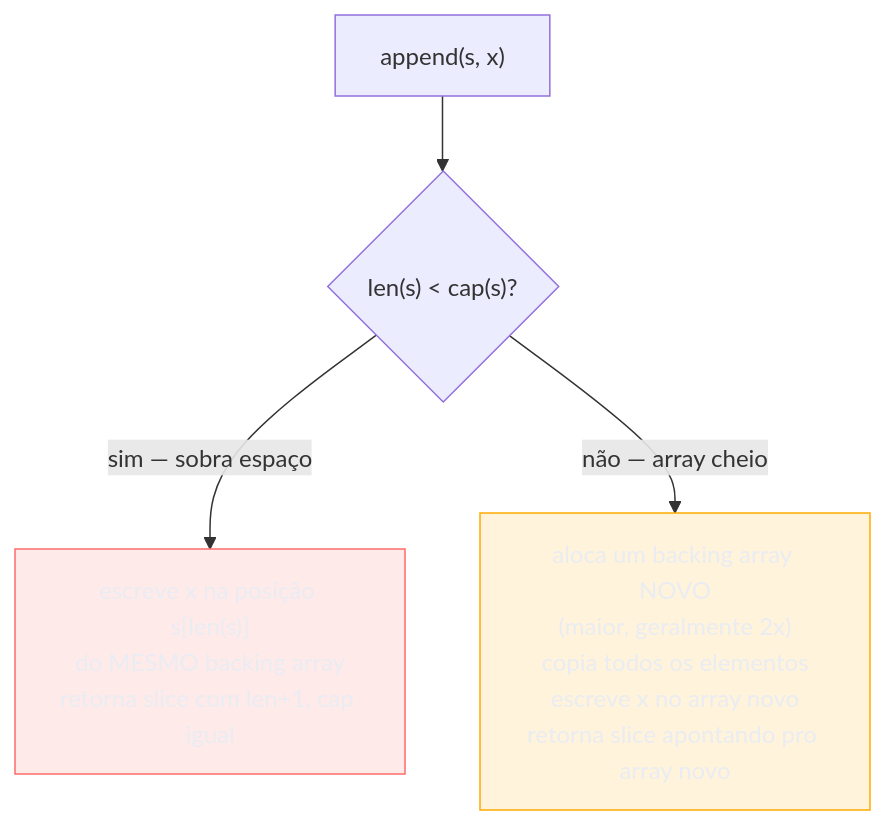
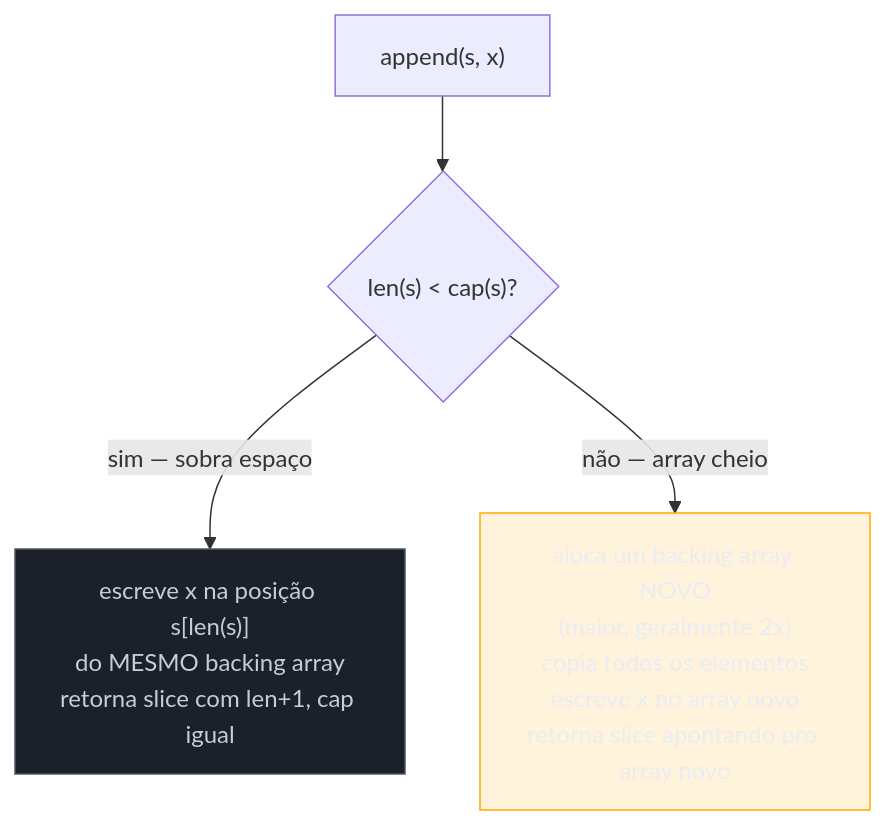
One commit to josenaldo/codex-technomanticus changed the third of 4 diagrams in 03-Dominios/Tecnologia/Go/05 - Coleções e dados/05 - O modelo de memória de slices — len, cap e aliasing.md. Above: the diagram before and after it, drawn with Mermaid. The commit also changed 601 other files, not shown here.

````diff
--- a/03-Dominios/Tecnologia/Go/05 - Coleções e dados/05 - O modelo de memória de slices — len, cap e aliasing.md
+++ b/03-Dominios/Tecnologia/Go/05 - Coleções e dados/05 - O modelo de memória de slices — len, cap e aliasing.md
@@ -132,11 +132,11 @@
 ```mermaid
 flowchart TD
-    classDef falha fill:#FF6B6B24,stroke:#FF6B6B,color:#E9ECF2
+    classDef neutro fill:#1B2029,stroke:#4E5666,color:#C6CCD8
     classDef destaque fill:#FFAA0024,stroke:#FFAA00,color:#E9ECF2
     A["append(s, x)"] --> B{"len(s) < cap(s)?"}
     B -->|"sim — sobra espaço"| C["escreve x na posição s[len(s)]\ndo MESMO backing array\nretorna slice com len+1, cap igual"]
     B -->|"não — array cheio"| D["aloca um backing array NOVO\n(maior, geralmente 2x)\ncopia todos os elementos\nescreve x no array novo\nretorna slice apontando pro array novo"]
 
-    class C falha
+    class C neutro
     class D destaque
 ```
````
